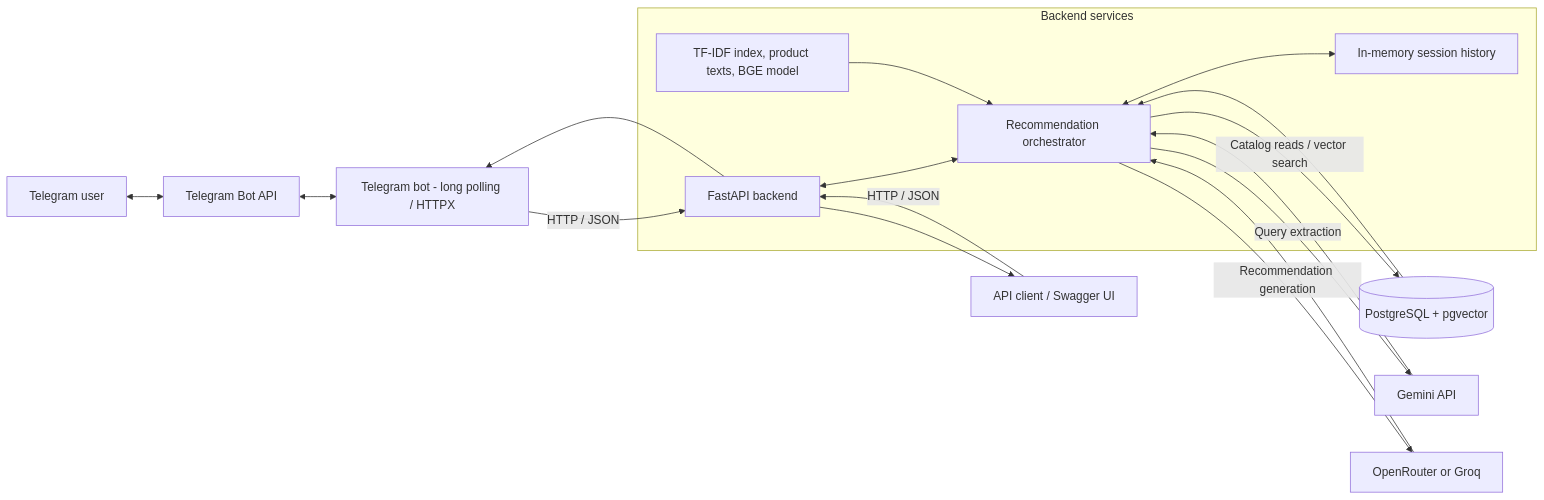
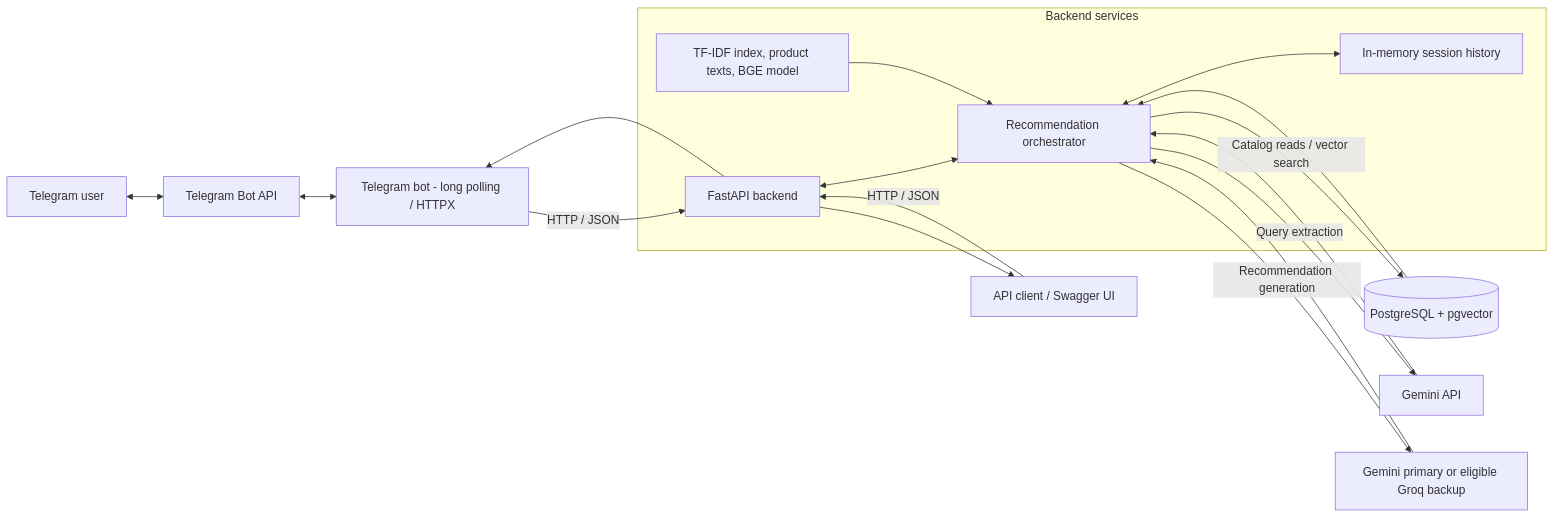
One commit to HungVi2907/ShopAssist changed the first of 2 diagrams in README.md. Above: the diagram before and after it, drawn with Mermaid. The commit also changed other lines of this file and 39 other files, not shown here.

````diff
--- a/README.md
+++ b/README.md
@@ -56,31 +56,31 @@
 ```mermaid
 graph LR
     User["Telegram user"]
     Cloud["Telegram Bot API"]
     Bot["Telegram bot - long polling / HTTPX"]
     Client["API client / Swagger UI"]
     subgraph Backend["Backend services"]
         API["FastAPI backend"]
         Pipeline["Recommendation orchestrator"]
         Session["In-memory session history"]
         Assets["TF-IDF index, product texts, BGE model"]
     end
     DB[("PostgreSQL + pgvector")]
     Gemini["Gemini API"]
-    Provider["OpenRouter or Groq"]
+    Provider["Gemini primary or eligible Groq backup"]
     User <--> Cloud
     Cloud <--> Bot
     Bot -->|HTTP / JSON| API
     API --> Bot
     Client -->|HTTP / JSON| API
     API --> Client
     API <--> Pipeline
     Pipeline <--> Session
     Assets --> Pipeline
     Pipeline -->|Catalog reads / vector search| DB
     DB --> Pipeline
     Pipeline -->|Query extraction| Gemini
     Gemini --> Pipeline
     Pipeline -->|Recommendation generation| Provider
     Provider --> Pipeline
 ```
````
